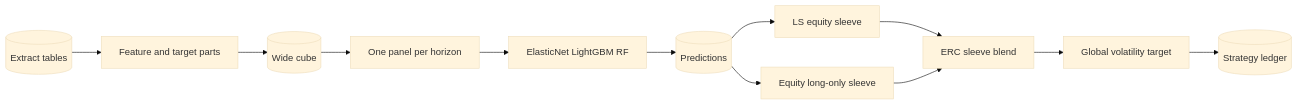
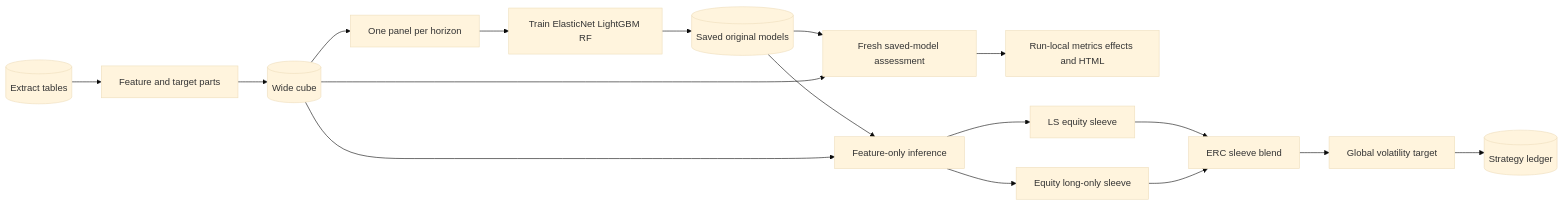
The diagram in wiki/architecture/feature-to-portfolio.md (alexandredelarrard/PEA), drawn with Mermaid (base theme) before and after one commit. The commit also changed other lines of this file and 9 other files, not shown here.

```diff
--- a/wiki/architecture/feature-to-portfolio.md
+++ b/wiki/architecture/feature-to-portfolio.md
@@ -17,14 +18,19 @@
 ~~~mermaid
 flowchart LR
   Sources[(Extract tables)] --> Parts[Feature and target parts]
   Parts --> Cube[(Wide cube)]
   Cube --> Horizon[One panel per horizon]
-  Horizon --> Ensemble[ElasticNet LightGBM RF]
-  Ensemble --> Predictions[(Predictions)]
-  Predictions --> LSEquity[LS equity sleeve]
-  Predictions --> LongOnly[Equity long-only sleeve]
+  Horizon --> Train[Train ElasticNet LightGBM RF]
+  Train --> Models[(Saved original models)]
+  Models --> Assess[Fresh saved-model assessment]
+  Cube --> Assess
+  Assess --> Report[Run-local metrics effects and HTML]
+  Models --> Inference[Feature-only inference]
+  Cube --> Inference
+  Inference --> LSEquity[LS equity sleeve]
+  Inference --> LongOnly[Equity long-only sleeve]
   LSEquity --> Blend[ERC sleeve blend]
   LongOnly --> Blend
   Blend --> Vol[Global volatility target]
   Vol --> Ledger[(Strategy ledger)]
 ~~~
```
